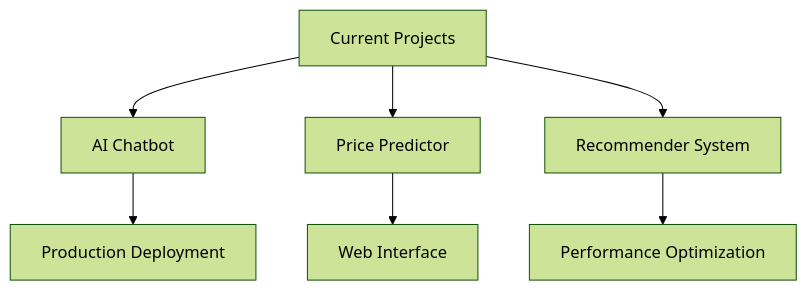
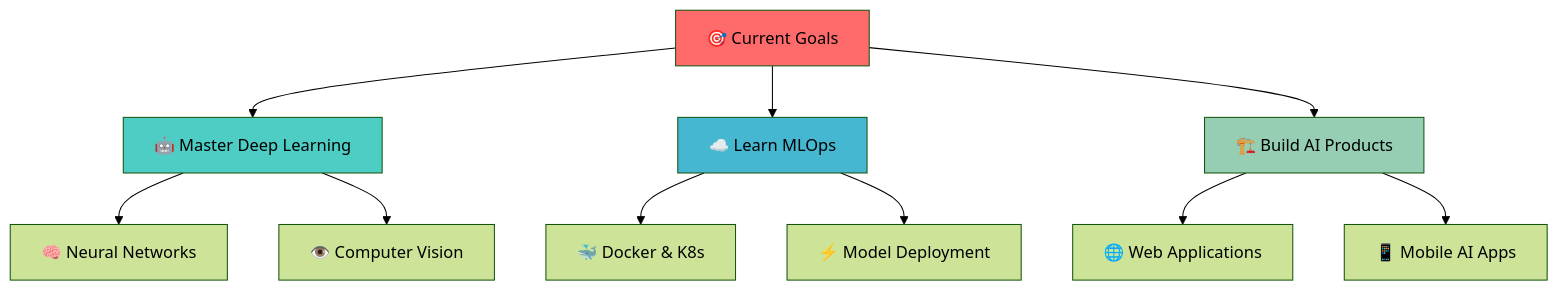
One commit to gadekardarshan/gadekardarshan changed the diagram in README.md. Above: the diagram before and after it, drawn with Mermaid (forest theme). The commit also changed other lines of this file, not shown here.

````diff
--- a/README.md
+++ b/README.md
@@ -273,9 +201,20 @@
 ```mermaid
 graph TD
-    A[Current Projects] --> B[AI Chatbot]
-    A --> C[Price Predictor]
-    A --> D[Recommender System]
-    B --> E[Production Deployment]
-    C --> F[Web Interface]
-    D --> G[Performance Optimization]
+    A[🎯 Current Goals] --> B[🤖 Master Deep Learning]
+    A --> C[☁️ Learn MLOps]
+    A --> D[🏗️ Build AI Products]
+    
+    B --> E[🧠 Neural Networks]
+    B --> F[👁️ Computer Vision]
+    
+    C --> G[🐳 Docker & K8s]
+    C --> H[⚡ Model Deployment]
+    
+    D --> I[🌐 Web Applications]
+    D --> J[📱 Mobile AI Apps]
+    
+    style A fill:#ff6b6b
+    style B fill:#4ecdc4
+    style C fill:#45b7d1
+    style D fill:#96ceb4
 ```
````
